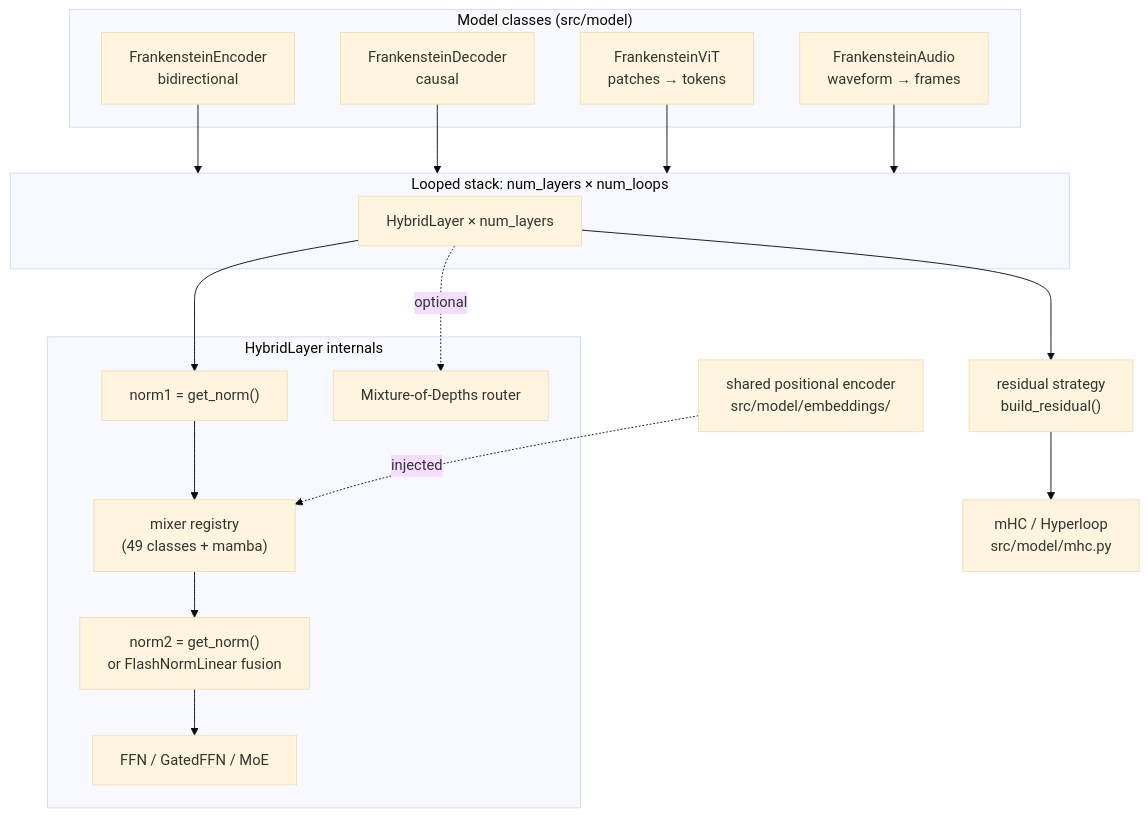
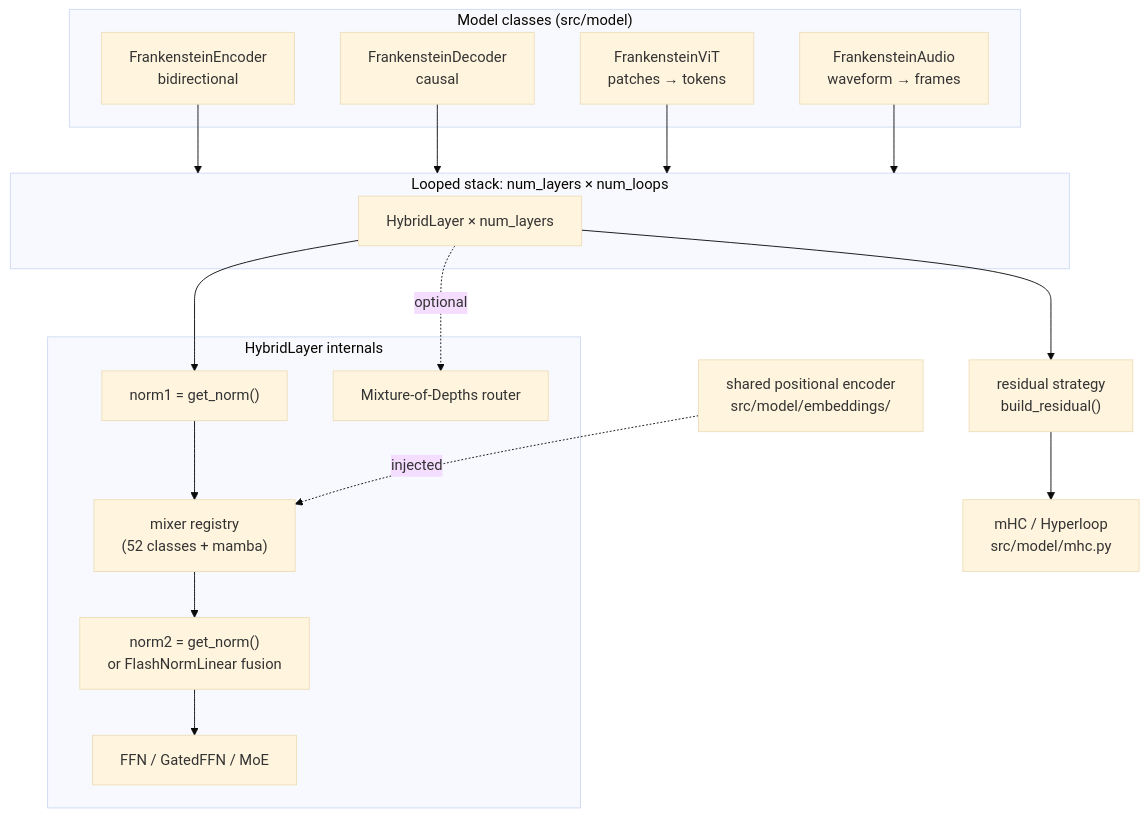
The third of 5 diagrams in frankenstein-transformer/paper/specs/architecture.md (erickfmm/erickfmm.github.io), drawn with Mermaid (base theme) before and after one commit. The commit also changed other lines of this file and 34 other files, not shown here.

````diff
--- a/frankenstein-transformer/paper/specs/architecture.md
+++ b/frankenstein-transformer/paper/specs/architecture.md
@@ -233,32 +233,32 @@
 ```mermaid
 flowchart TD
     subgraph MODELS["Model classes (src/model)"]
       ENC["FrankensteinEncoder<br/>bidirectional"]
       DEC["FrankensteinDecoder<br/>causal"]
       VIT["FrankensteinViT<br/>patches → tokens"]
       AUD["FrankensteinAudio<br/>waveform → frames"]
     end
 
     ENC --> LOOP
     DEC --> LOOP
     VIT --> LOOP
     AUD --> LOOP
 
     subgraph LOOP["Looped stack: num_layers × num_loops"]
       HL["HybridLayer × num_layers"]
     end
 
     subgraph HYBRID["HybridLayer internals"]
       N1["norm1 = get_norm()"]
-      MX["mixer registry<br/>(49 classes + mamba)"]
+      MX["mixer registry<br/>(52 classes + mamba)"]
       FF["FFN / GatedFFN / MoE"]
       N2["norm2 = get_norm()<br/>or FlashNormLinear fusion"]
       MOD["Mixture-of-Depths router"]
     end
 
     HL --> N1 --> MX --> N2 --> FF
     HL -. optional .-> MOD
     PE["shared positional encoder<br/>src/model/embeddings/"] -. injected .-> MX
     HL --> RES["residual strategy<br/>build_residual()"]
     RES --> MHC["mHC / Hyperloop<br/>src/model/mhc.py"]
 ```
````
